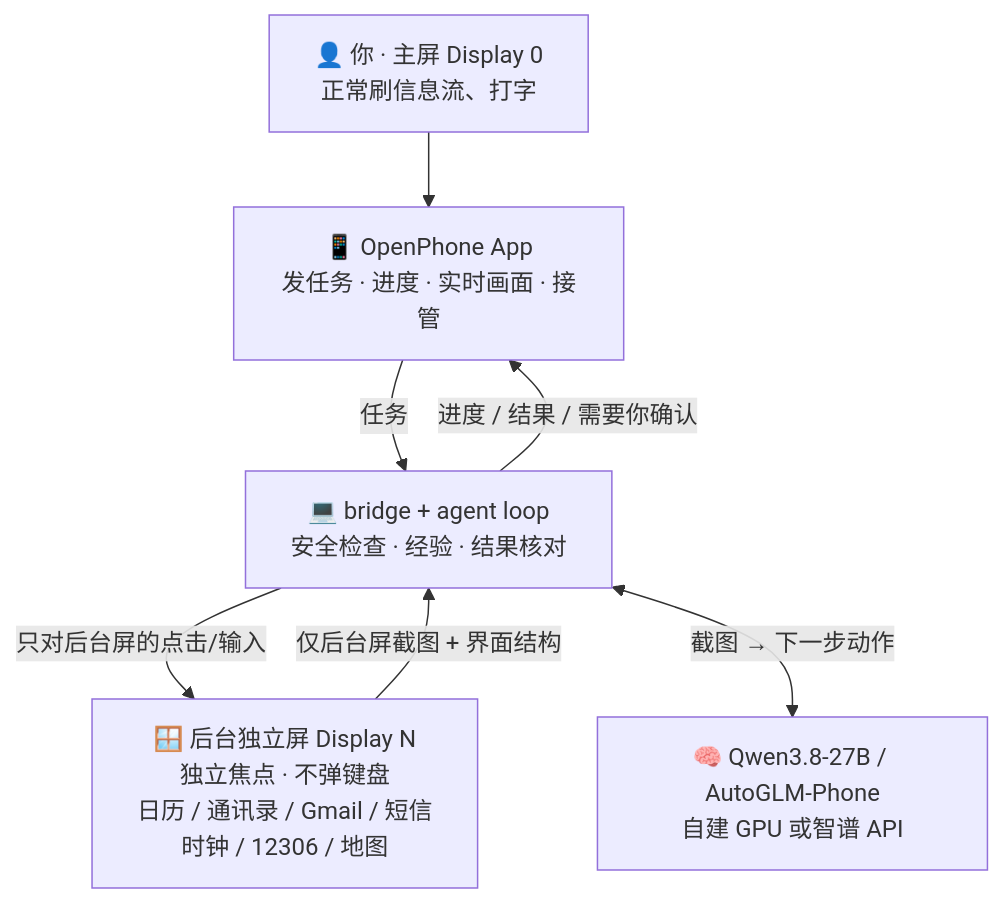
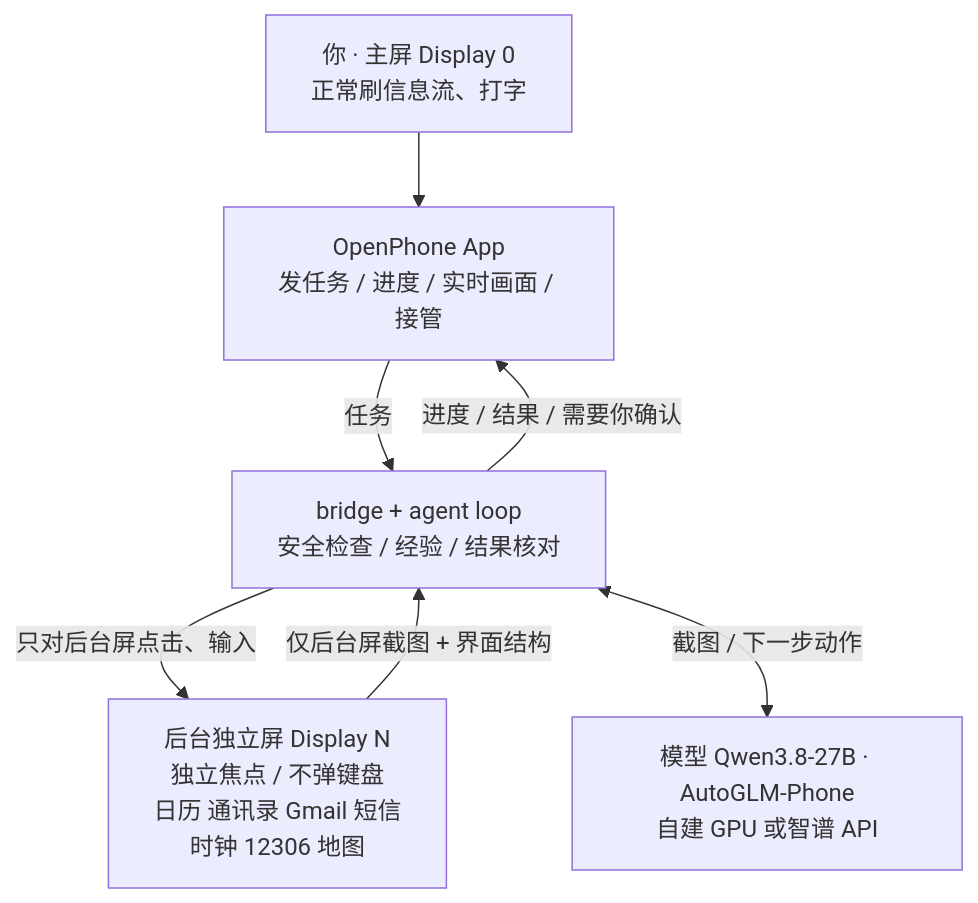
The diagram in README.md (JaveyBae/openphone-agent), drawn with Mermaid before and after one commit.

Commit message:
docs: stop the architecture diagram clipping its node text
GitHub's Mermaid under-measures emoji and CJK label width, so the node boxes
were sized too small and the text was clipped. Drop the emoji, shorten the
labels, and request htmlLabels so the boxes size to their content.

````diff
--- a/README.md
+++ b/README.md
@@ -116,9 +116,10 @@
 ```mermaid
+%%{init: {"flowchart": {"htmlLabels": true, "useMaxWidth": true}}}%%
 flowchart TD
-    U["👤 你 · 主屏 Display 0<br/>正常刷信息流、打字"] --> A["📱 OpenPhone App<br/>发任务 · 进度 · 实时画面 · 接管"]
-    A -->|任务| B["💻 bridge + agent loop<br/>安全检查 · 经验 · 结果核对"]
-    B -->|只对后台屏的点击/输入| V["🪟 后台独立屏 Display N<br/>独立焦点 · 不弹键盘<br/>日历 / 通讯录 / Gmail / 短信<br/>时钟 / 12306 / 地图"]
+    U["你 · 主屏 Display 0<br/>正常刷信息流、打字"] --> A["OpenPhone App<br/>发任务 / 进度 / 实时画面 / 接管"]
+    A -->|任务| B["bridge + agent loop<br/>安全检查 / 经验 / 结果核对"]
+    B -->|只对后台屏点击、输入| V["后台独立屏 Display N<br/>独立焦点 / 不弹键盘<br/>日历 通讯录 Gmail 短信<br/>时钟 12306 地图"]
     V -->|仅后台屏截图 + 界面结构| B
-    B <-->|截图 → 下一步动作| M["🧠 Qwen3.8-27B / AutoGLM-Phone<br/>自建 GPU 或智谱 API"]
+    B <-->|截图 / 下一步动作| M["模型 Qwen3.8-27B · AutoGLM-Phone<br/>自建 GPU 或智谱 API"]
     B -->|进度 / 结果 / 需要你确认| A
 ```
````
